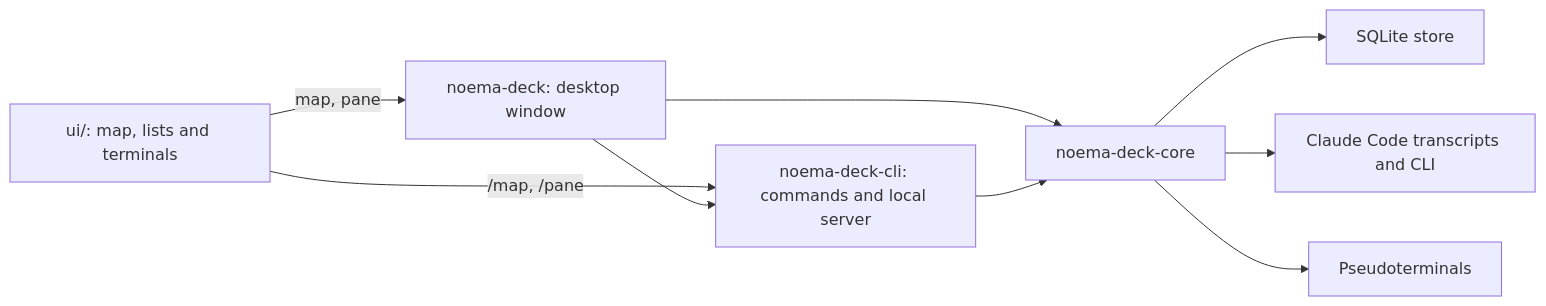
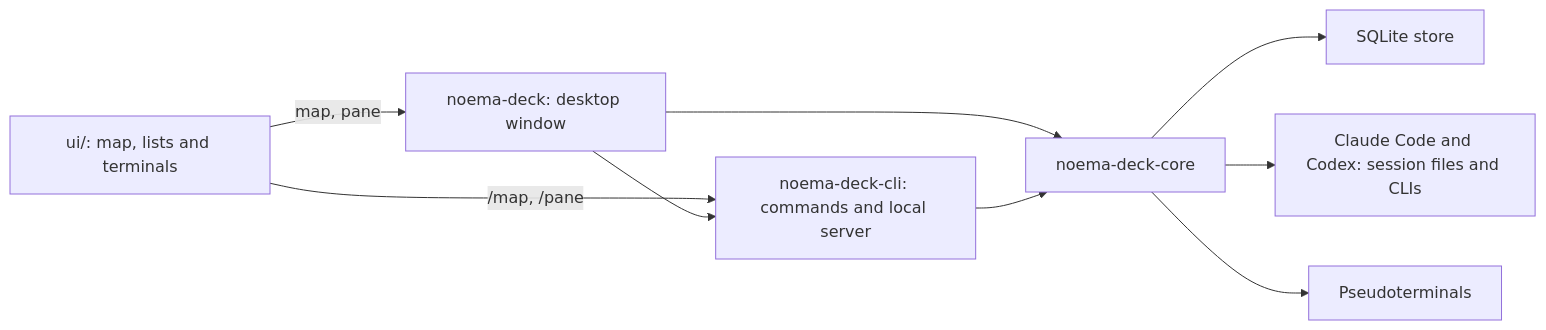
One commit to noema-kit/noema-deck changed the first of 2 diagrams in docs/architecture.md. Above: the diagram before and after it, drawn with Mermaid. The commit also changed other lines of this file and 25 other files, not shown here.

First line of the commit message:
Support Codex sessions beside Claude Code

````diff
--- a/docs/architecture.md
+++ b/docs/architecture.md
@@ -7,11 +7,11 @@
 ```mermaid
 flowchart LR
     UI["ui/: map, lists and terminals"] -->|map, pane| APP["noema-deck: desktop window"]
     UI -->|/map, /pane| CLI["noema-deck-cli: commands and local server"]
     APP --> CLI
     APP --> CORE["noema-deck-core"]
     CLI --> CORE
     CORE --> S["SQLite store"]
-    CORE --> A["Claude Code transcripts and CLI"]
+    CORE --> A["Claude Code and Codex: session files and CLIs"]
     CORE --> T["Pseudoterminals"]
 ```
````
